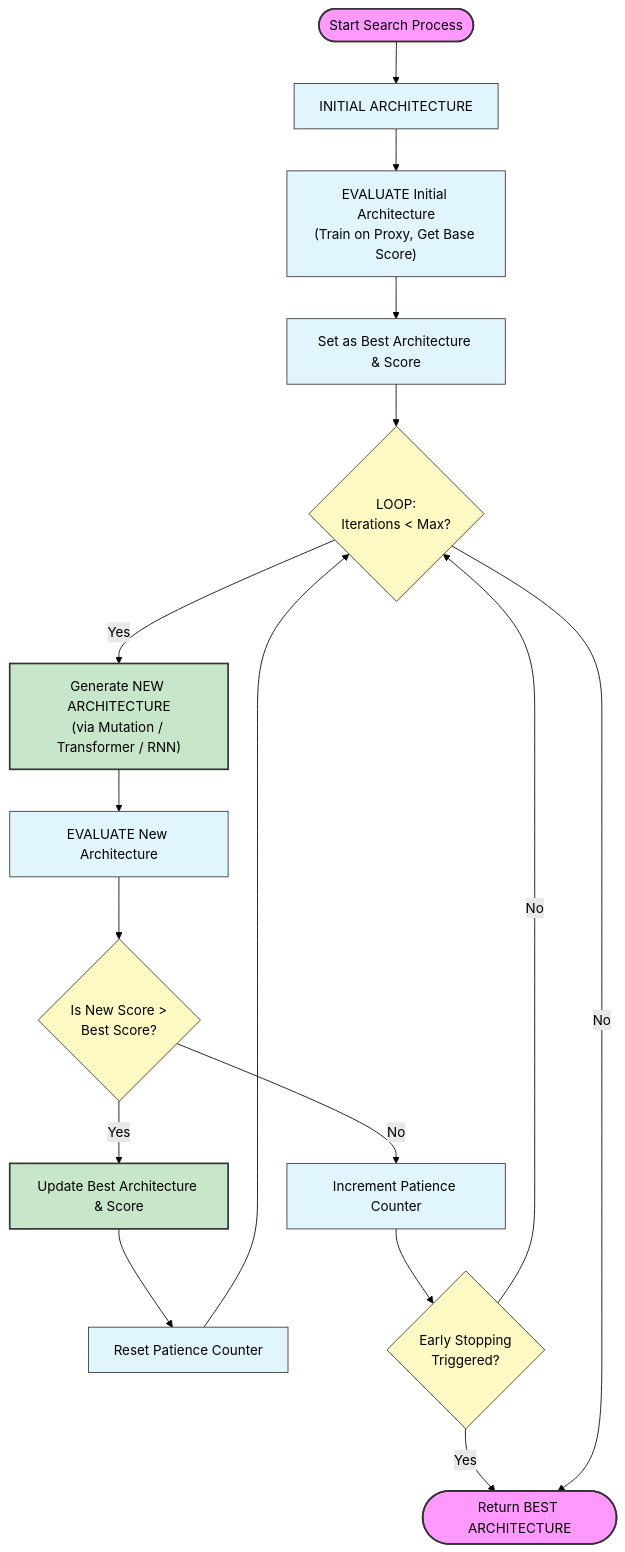
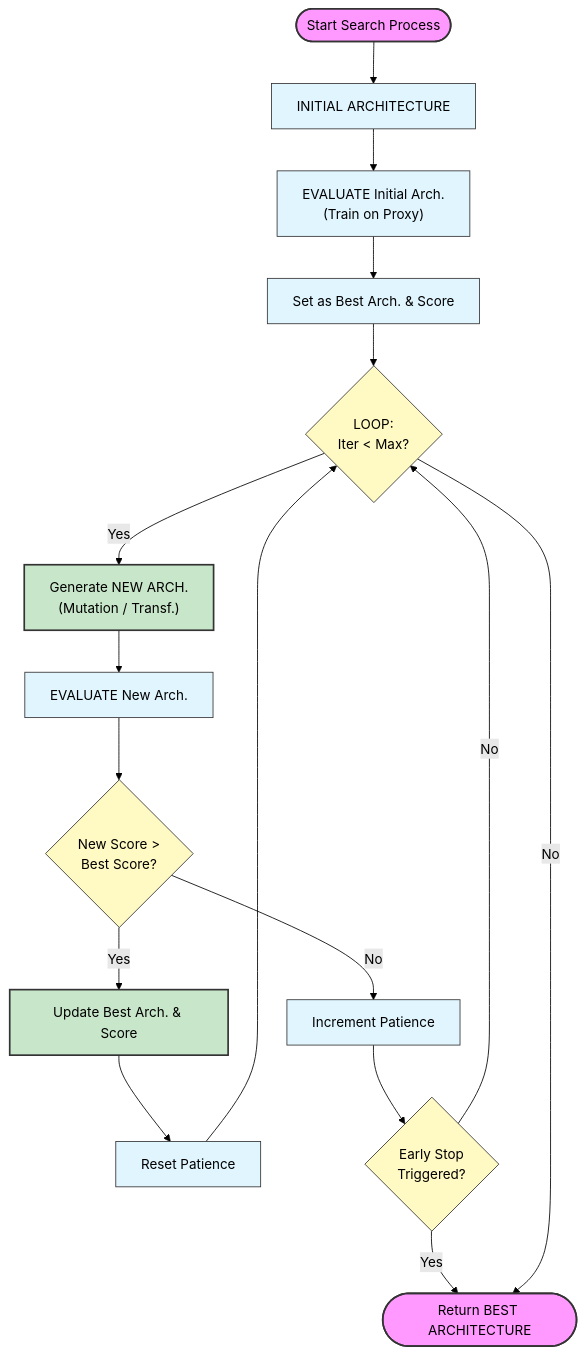
One commit to Romain-Amigon/8INF976 changed the second of 3 diagrams in README.md. Above: the diagram before and after it, drawn with Mermaid (forest theme). The commit also changed 1 other file, not shown here.

````diff
--- a/README.md
+++ b/README.md
@@ -218,36 +218,36 @@
 ```mermaid
 flowchart TD
-    %% Définition des styles
-    classDef startend fill:#f9f,stroke:#333,stroke-width:2px;
-    classDef process fill:#e1f5fe,stroke:#333,stroke-width:1px;
-    classDef decision fill:#fff9c4,stroke:#333,stroke-width:1px;
-    classDef highlight fill:#c8e6c9,stroke:#333,stroke-width:2px;
+    %% Définition des styles (Ajout de color:#000 pour forcer le texte en noir)
+    classDef startend fill:#f9f,stroke:#333,stroke-width:2px,color:#000;
+    classDef process fill:#e1f5fe,stroke:#333,stroke-width:1px,color:#000;
+    classDef decision fill:#fff9c4,stroke:#333,stroke-width:1px,color:#000;
+    classDef highlight fill:#c8e6c9,stroke:#333,stroke-width:2px,color:#000;
 
-    %% Structure du graphe
+    %% Structure du graphe (LR = Left to Right pour mieux s'afficher sur GitHub)
     Start([Start Search Process]) --> InitArch["INITIAL ARCHITECTURE"]
     
-    InitArch --> EvalInit["EVALUATE Initial Architecture<br/>(Train on Proxy, Get Base Score)"]
-    EvalInit --> SetBest["Set as Best Architecture & Score"]
-    SetBest --> LoopCheck{"LOOP:<br/>Iterations < Max?"}
+    InitArch --> EvalInit["EVALUATE Initial Arch.<br/>(Train on Proxy)"]
+    EvalInit --> SetBest["Set as Best Arch. & Score"]
+    SetBest --> LoopCheck{"LOOP:<br/>Iter < Max?"}
 
-    LoopCheck -- Yes --> GenNew["Generate NEW ARCHITECTURE<br/>(via Mutation / Transformer / RNN)"]
-    GenNew --> EvalNew["EVALUATE New Architecture"]
-    EvalNew --> Compare{"Is New Score ><br/>Best Score?"}
+    LoopCheck -- Yes --> GenNew["Generate NEW ARCH.<br/>(Mutation / Transf.)"]
+    GenNew --> EvalNew["EVALUATE New Arch."]
+    EvalNew --> Compare{"New Score ><br/>Best Score?"}
 
-    Compare -- Yes --> UpdateBest["Update Best Architecture & Score"]
-    UpdateBest --> ResetPatience["Reset Patience Counter"]
-    Compare -- No --> IncPatience["Increment Patience Counter"]
+    Compare -- Yes --> UpdateBest["Update Best Arch. & Score"]
+    UpdateBest --> ResetPatience["Reset Patience"]
+    Compare -- No --> IncPatience["Increment Patience"]
 
     ResetPatience --> LoopCheck
-    IncPatience --> EarlyStop{"Early Stopping<br/>Triggered?"}
+    IncPatience --> EarlyStop{"Early Stop<br/>Triggered?"}
     
     EarlyStop -- No --> LoopCheck
     EarlyStop -- Yes --> End([Return BEST ARCHITECTURE])
     LoopCheck -- No --> End
 
     %% Attribution des styles
     class Start,End startend;
     class InitArch,EvalInit,SetBest,EvalNew,ResetPatience,IncPatience process;
     class LoopCheck,Compare,EarlyStop decision;
     class GenNew,UpdateBest highlight;
 ```
````
